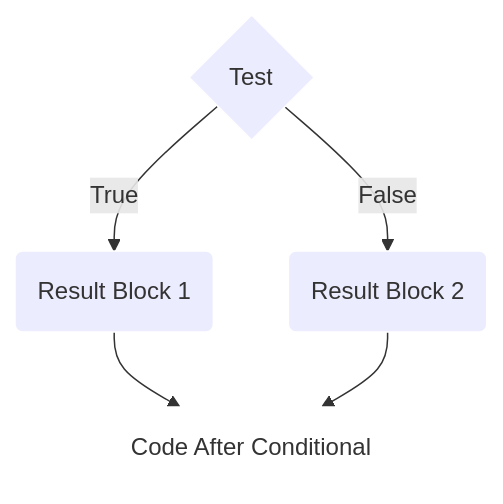
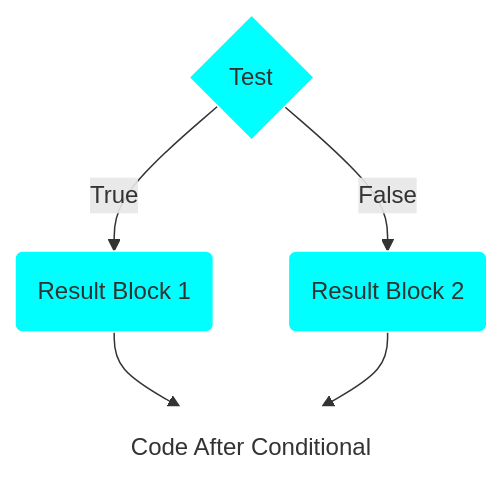
The second of 4 diagrams in content/1_IntroToCoding/2_MakingThings_Happen/1_Lesson_1/index.md (lsu-ddem/pathways-site), drawn with Mermaid before and after one commit.

Commit message:
Update Computers Making Choices “index”

```diff
--- a/content/1_IntroToCoding/2_MakingThings_Happen/1_Lesson_1/index.md
+++ b/content/1_IntroToCoding/2_MakingThings_Happen/1_Lesson_1/index.md
@@ -54,14 +54,14 @@
 {{<mermaid align="center">}}
 graph TD
 
 A{Test} -->|True| B(Result Block 1)
 A{Test} -->|False| D(Result Block 2)
 B-->E(Code After Conditional)
 D-->E
 
-style A  stroke:#FFFFFF;
-style B  stroke:#FFFFFF;
-style D  stroke:#FFFFFF;
+style A  fill:#00ffff, stroke:#FFFFFF;
+style B  fill:#00ffff, stroke:#FFFFFF;
+style D  fill:#00ffff, stroke:#FFFFFF;
 style E fill:#FFFFFF, stroke:#FFFFFF;
 
 {{< /mermaid >}}
```
